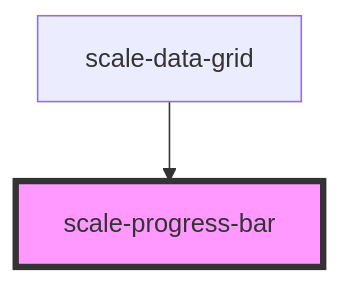
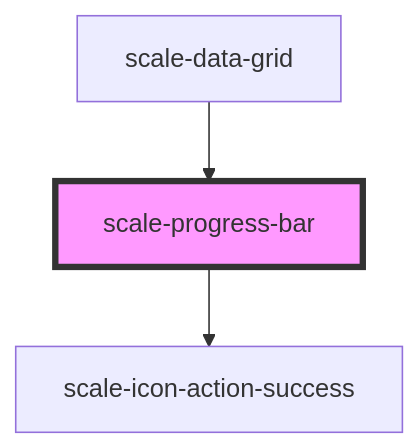
One commit to telekom/scale changed the diagram in packages/components/src/components/progress-bar/readme.md. Above: the diagram before and after it, drawn with Mermaid. The commit also changed other lines of this file and 3 other files, not shown here.

Commit message:
feat: update progress bar mobile styles

````diff
--- a/packages/components/src/components/progress-bar/readme.md
+++ b/packages/components/src/components/progress-bar/readme.md
@@ -49,5 +54,6 @@
 ```mermaid
 graph TD;
+  scale-progress-bar --> scale-icon-action-success
   scale-data-grid --> scale-progress-bar
   style scale-progress-bar fill:#f9f,stroke:#333,stroke-width:4px
 ```
````
